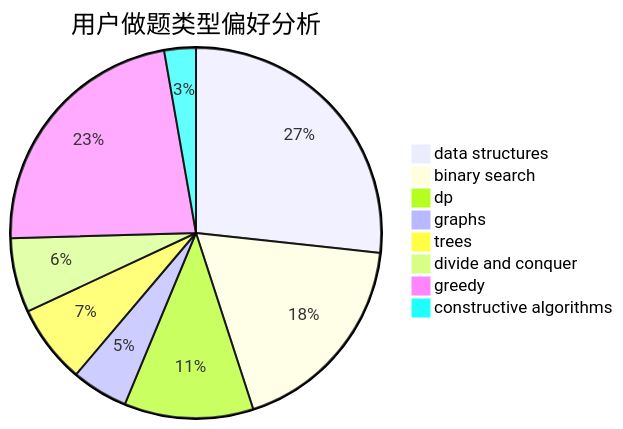
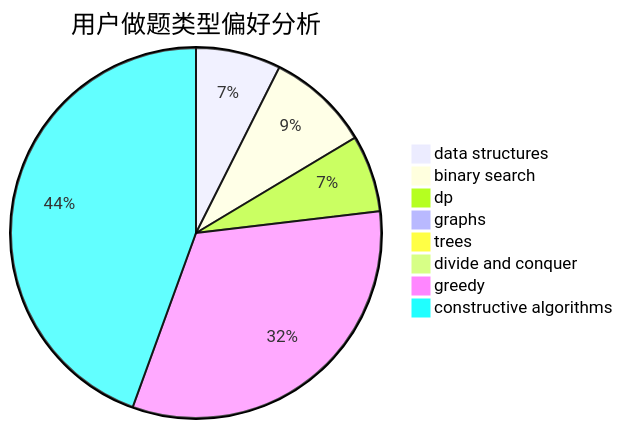
Before and after one commit to sherpahu/cfrs.github.io: the second of 3 diagrams in docs/user/u402.md, drawn with Mermaid. The commit also changed other lines of this file and 2770 other files, not shown here.

````diff
--- a/docs/user/u402.md
+++ b/docs/user/u402.md
@@ -23,11 +23,11 @@
 ```mermaid
 pie title 用户做题类型偏好分析
-    "data structures" :  358
-    "binary search" :  245
-    "dp" :  151
-    "graphs" :  66
-    "trees" :  92
-    "divide and conquer" :  87
-    "greedy" :  304
-    "constructive algorithms" :  37
+    "data structures" :  137
+    "binary search" :  166
+    "dp" :  124
+    "graphs" :  12
+    "trees" :  7
+    "divide and conquer" :  8
+    "greedy" :  599
+    "constructive algorithms" :  821
 ```
````
